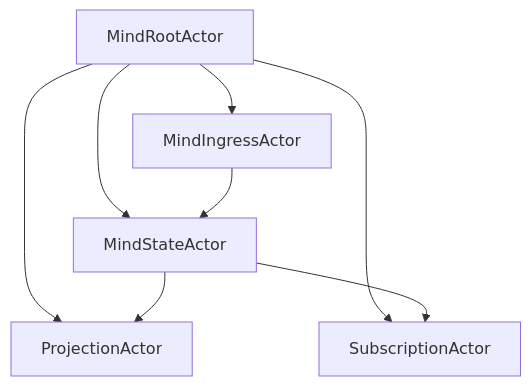
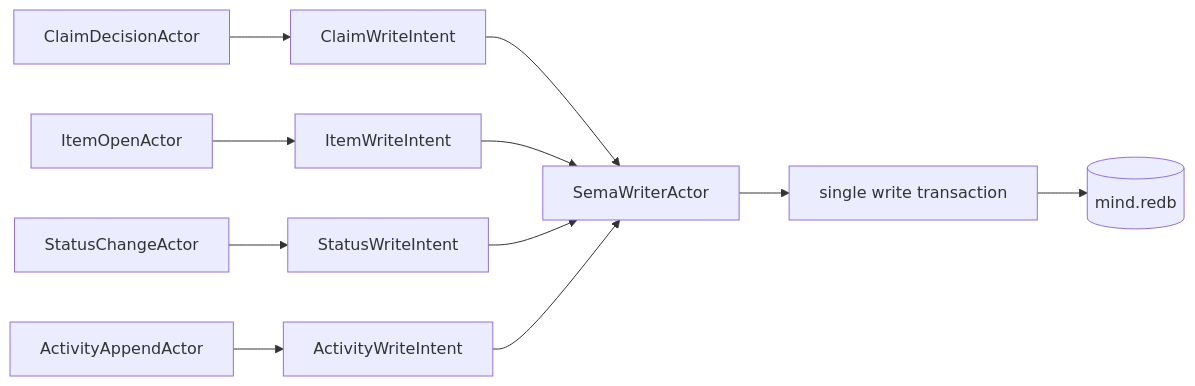
The fifth of 24 diagrams in reports/operator/101-persona-mind-full-architecture-proposal.md (LiGoldragon/primary), drawn with Mermaid before and after one commit. The commit also changed other lines of this file, not shown here.

Commit message:
expand persona-mind actor architecture visuals

````diff
--- a/reports/operator/101-persona-mind-full-architecture-proposal.md
+++ b/reports/operator/101-persona-mind-full-architecture-proposal.md
@@ -97,12 +168,15 @@
 ```mermaid
-flowchart TB
-    root["MindRootActor"]
-    root --> ingress["MindIngressActor"]
-    root --> state["MindStateActor"]
-    root --> projection["ProjectionActor"]
-    root --> subscription["SubscriptionActor"]
+flowchart LR
+    claim_actor["ClaimDecisionActor"] --> write_intent["ClaimWriteIntent"]
+    memory_actor["ItemOpenActor"] --> item_intent["ItemWriteIntent"]
+    status_actor["StatusChangeActor"] --> status_intent["StatusWriteIntent"]
+    activity_actor["ActivityAppendActor"] --> activity_intent["ActivityWriteIntent"]
 
-    ingress --> state
-    state --> projection
-    state --> subscription
+    write_intent --> writer["SemaWriterActor"]
+    item_intent --> writer
+    status_intent --> writer
+    activity_intent --> writer
+
+    writer --> tx["single write transaction"]
+    tx --> db[("mind.redb")]
 ```
````
